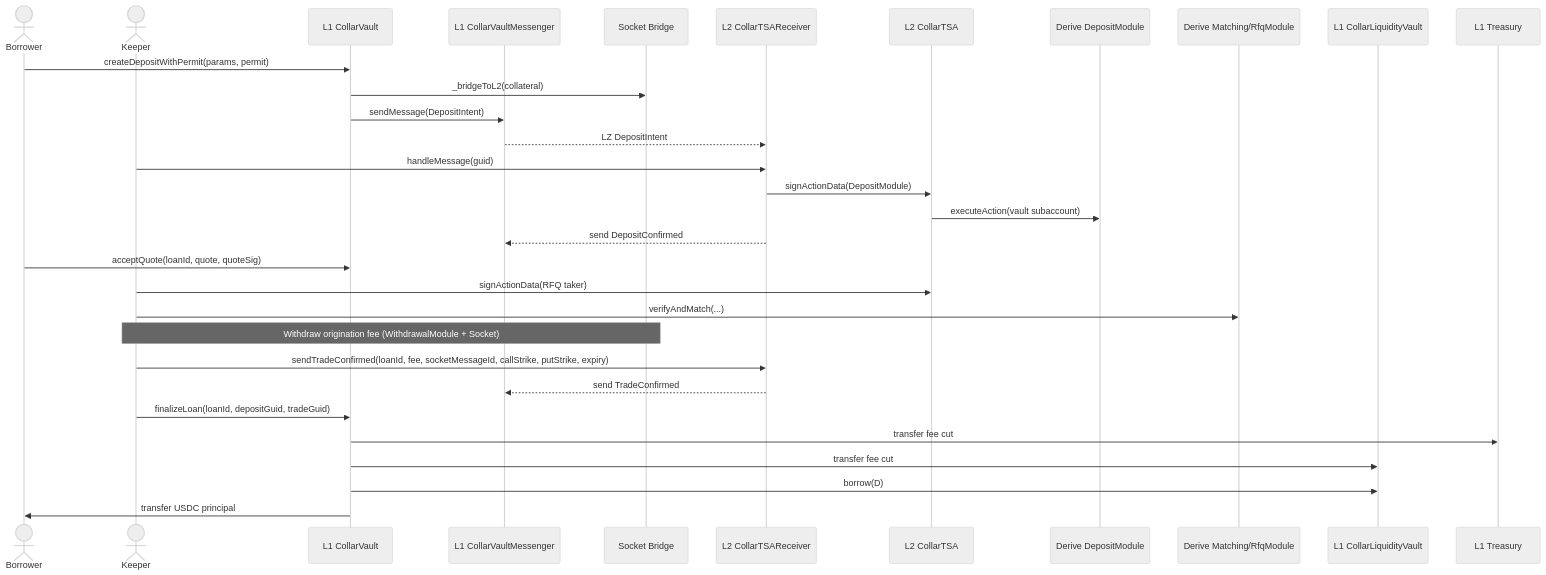
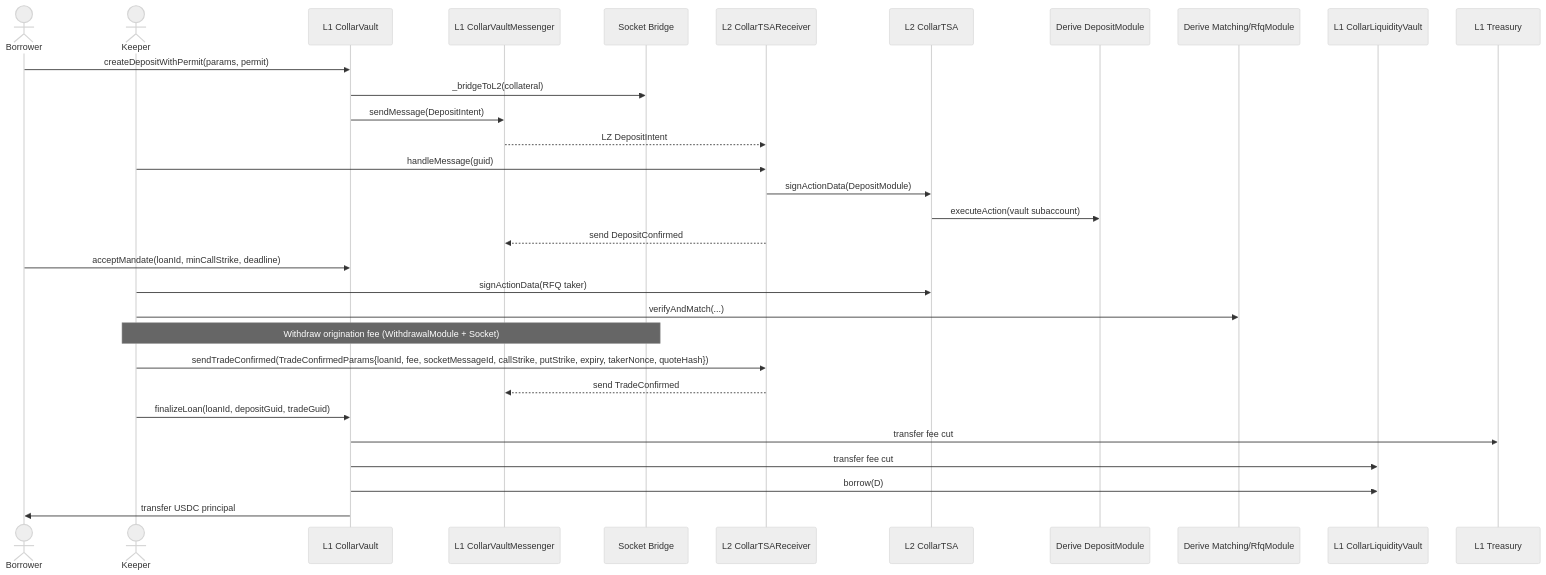
One commit to valo/musical-bassoon changed the first of 5 diagrams in docs/SPEC.md. Above: the diagram before and after it, drawn with Mermaid (neutral theme). The commit also changed other lines of this file, not shown here.

Commit message:
SPEC: update for acceptMandate + TradeConfirmed.data

````diff
--- a/docs/SPEC.md
+++ b/docs/SPEC.md
@@ -121,34 +129,34 @@
 ```mermaid
 sequenceDiagram
   actor Borrower
   actor Keeper
   participant Vault as L1 CollarVault
   participant LZ as L1 CollarVaultMessenger
   participant Socket as Socket Bridge
   participant L2Recv as L2 CollarTSAReceiver
   participant TSA as L2 CollarTSA
   participant Deposit as Derive DepositModule
   participant Match as Derive Matching/RfqModule
   participant Liquidity as L1 CollarLiquidityVault
   participant Treasury as L1 Treasury
 
   Borrower->>Vault: createDepositWithPermit(params, permit)
   Vault->>Socket: _bridgeToL2(collateral)
   Vault->>LZ: sendMessage(DepositIntent)
   LZ-->>L2Recv: LZ DepositIntent
   Keeper->>L2Recv: handleMessage(guid)
   L2Recv->>TSA: signActionData(DepositModule)
   TSA->>Deposit: executeAction(vault subaccount)
   L2Recv-->>LZ: send DepositConfirmed
-  Borrower->>Vault: acceptQuote(loanId, quote, quoteSig)
+  Borrower->>Vault: acceptMandate(loanId, minCallStrike, deadline)
   Keeper->>TSA: signActionData(RFQ taker)
   Keeper->>Match: verifyAndMatch(...)
   Note over Keeper,Socket: Withdraw origination fee (WithdrawalModule + Socket)
-  Keeper->>L2Recv: sendTradeConfirmed(loanId, fee, socketMessageId, callStrike, putStrike, expiry)
+  Keeper->>L2Recv: sendTradeConfirmed(TradeConfirmedParams{loanId, fee, socketMessageId, callStrike, putStrike, expiry, takerNonce, quoteHash})
   L2Recv-->>LZ: send TradeConfirmed
   Keeper->>Vault: finalizeLoan(loanId, depositGuid, tradeGuid)
   Vault->>Treasury: transfer fee cut
   Vault->>Liquidity: transfer fee cut
   Vault->>Liquidity: borrow(D)
   Vault->>Borrower: transfer USDC principal
 ```
````
